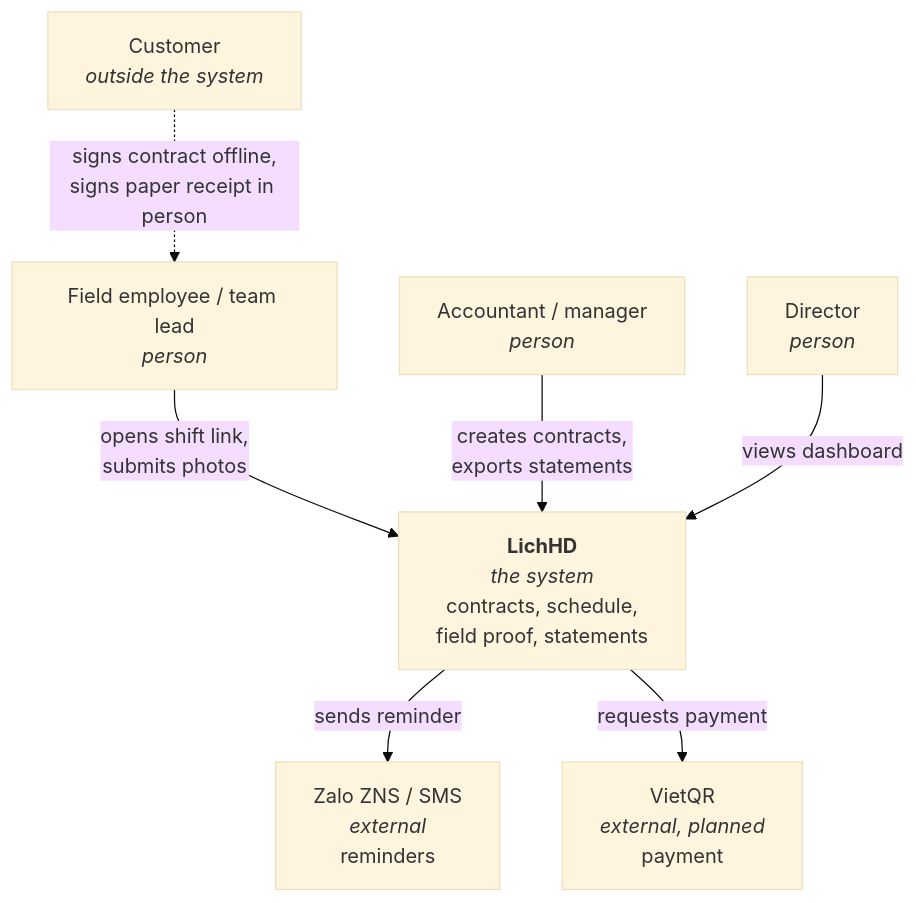
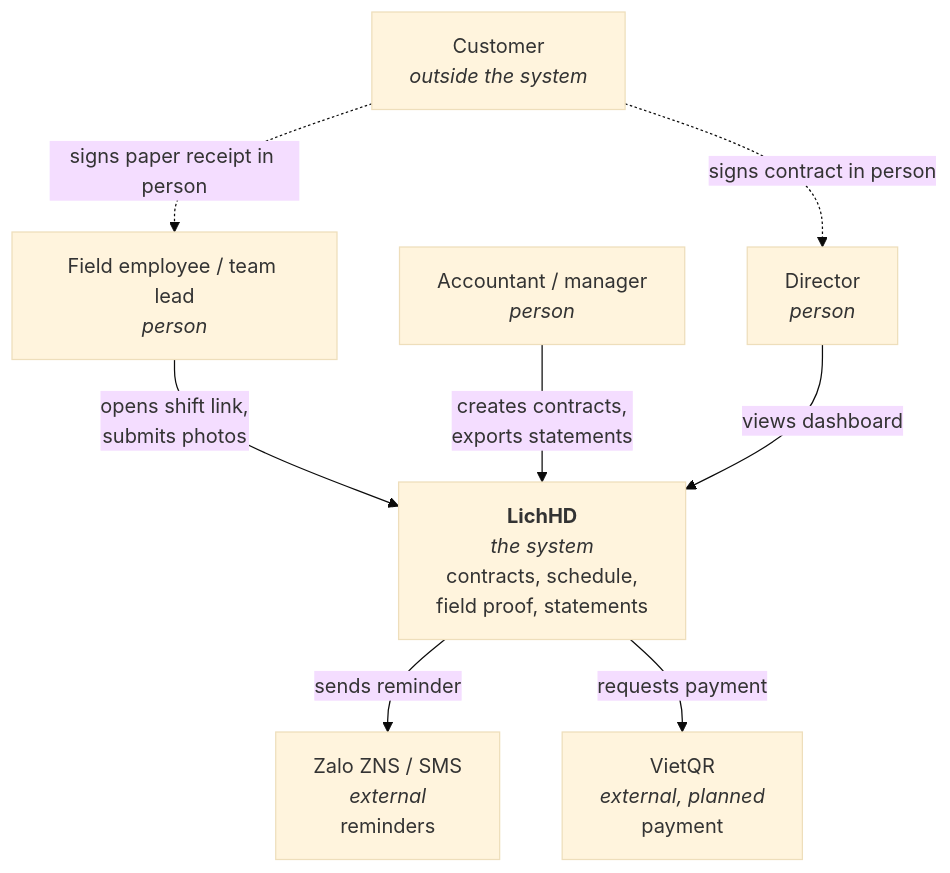
Before and after one commit to dDxCg/contrack: the second of 5 diagrams in README.md, drawn with Mermaid (base theme). The commit also changed other lines of this file and 42 other files, not shown here.

Commit message:
docs: architecture and api spec

````diff
--- a/README.md
+++ b/README.md
@@ -125,20 +129,21 @@
 ```mermaid
 flowchart TB
     customer["Customer<br/><i>outside the system</i>"]
     employee["Field employee / team lead<br/><i>person</i>"]
     accountant["Accountant / manager<br/><i>person</i>"]
     director["Director<br/><i>person</i>"]
 
     lichhd["<b>LichHD</b><br/><i>the system</i><br/>contracts, schedule,<br/>field proof, statements"]
 
     zalo["Zalo ZNS / SMS<br/><i>external</i><br/>reminders"]
     vietqr["VietQR<br/><i>external, planned</i><br/>payment"]
 
-    customer -.->|"signs contract offline,<br/>signs paper receipt in person"| employee
+    customer -.->|"signs contract in person"| director
+    customer -.->|"signs paper receipt in person"| employee
     employee -->|"opens shift link,<br/>submits photos"| lichhd
     accountant -->|"creates contracts,<br/>exports statements"| lichhd
     director -->|"views dashboard"| lichhd
 
     lichhd -->|"sends reminder"| zalo
     lichhd -->|"requests payment"| vietqr
 ```
````
